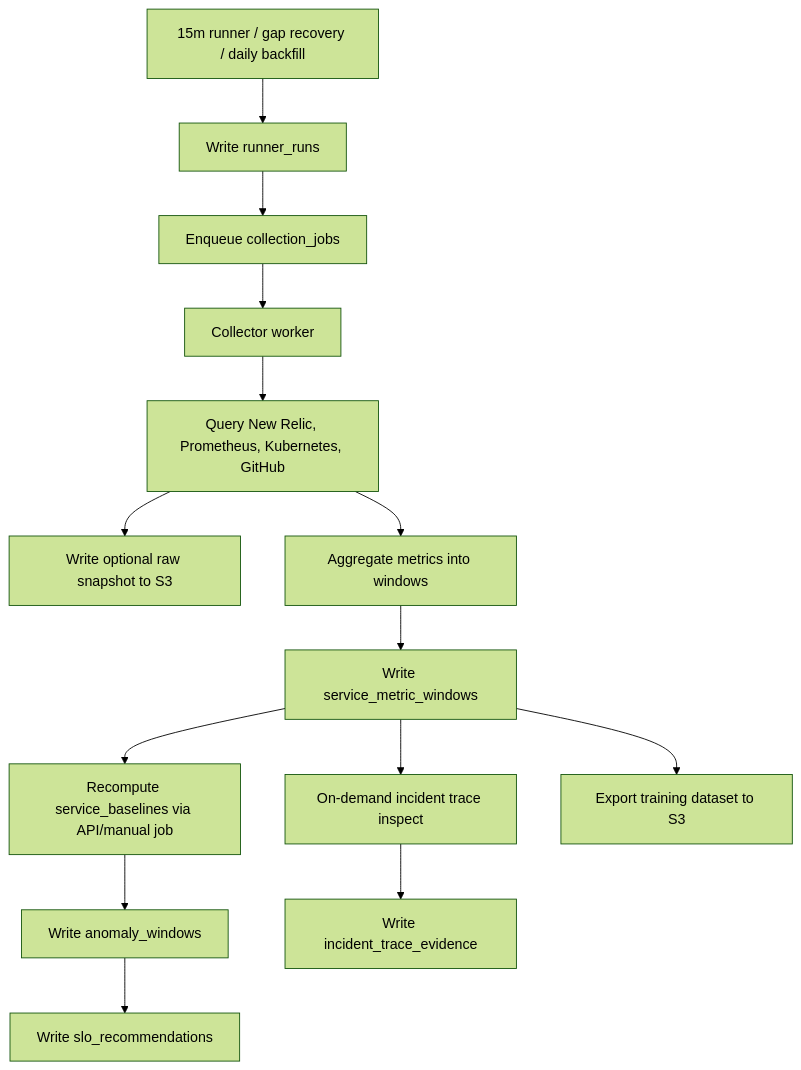
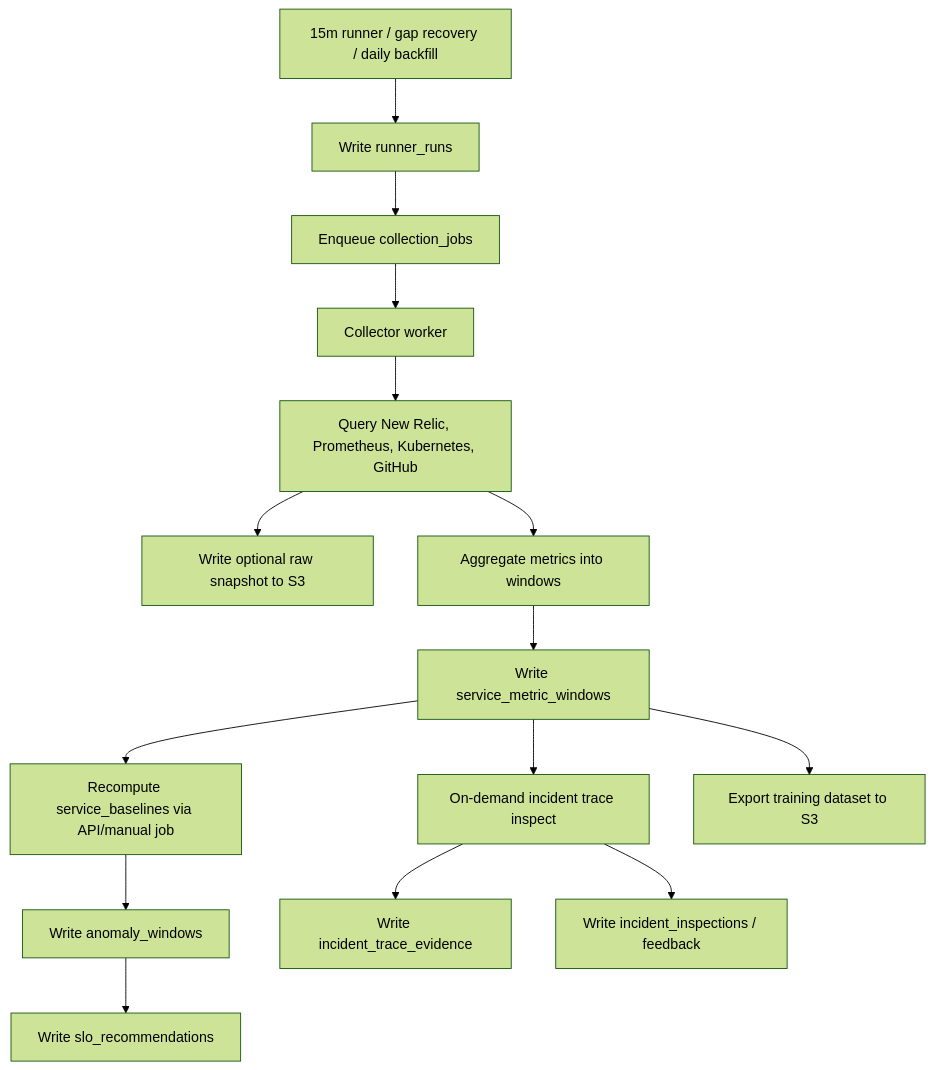
The diagram in docs/data-storage.md (Deraiven/sre-agent), drawn with Mermaid (forest theme) before and after one commit. The commit also changed other lines of this file and 8 other files, not shown here.

Commit message:
Add incident inspect v2 and coverage APIs

````diff
--- a/docs/data-storage.md
+++ b/docs/data-storage.md
@@ -322,16 +366,17 @@
 ```mermaid
 flowchart TD
     Scheduler["15m runner / gap recovery / daily backfill"] --> RunAudit["Write runner_runs"]
     RunAudit --> Queue["Enqueue collection_jobs"]
     Queue --> Worker["Collector worker"]
     Worker --> Query["Query New Relic, Prometheus, Kubernetes, GitHub"]
     Query --> Snapshot["Write optional raw snapshot to S3"]
     Query --> Aggregate["Aggregate metrics into windows"]
     Aggregate --> Postgres["Write service_metric_windows"]
     Postgres --> Baseline["Recompute service_baselines via API/manual job"]
     Baseline --> Label["Write anomaly_windows"]
     Label --> SLO["Write slo_recommendations"]
     Postgres --> Trace["On-demand incident trace inspect"]
     Trace --> TraceStore["Write incident_trace_evidence"]
+    Trace --> InspectStore["Write incident_inspections / feedback"]
     Postgres --> Export["Export training dataset to S3"]
 ```
````
